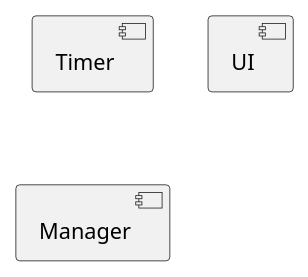
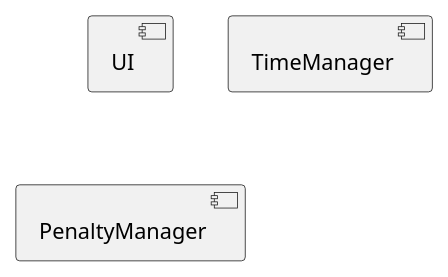
One commit to maerkl24/hockeygameclock changed the diagram in docs/plantuml/components.plantuml. Above: the diagram before and after it, drawn with PlantUML. The commit also changed 8 other files, not shown here.

```diff
--- a/docs/plantuml/components.plantuml
+++ b/docs/plantuml/components.plantuml
@@ -1,9 +1,9 @@
 @startuml Components
-
-[Timer]
 
 [UI]
 
-[Manager]
+[TimeManager]
+
+[PenaltyManager]
 
 @enduml
```
